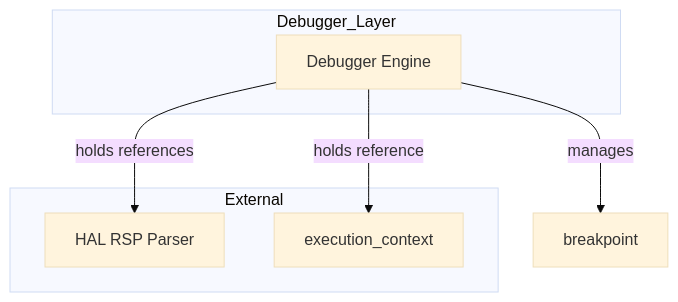
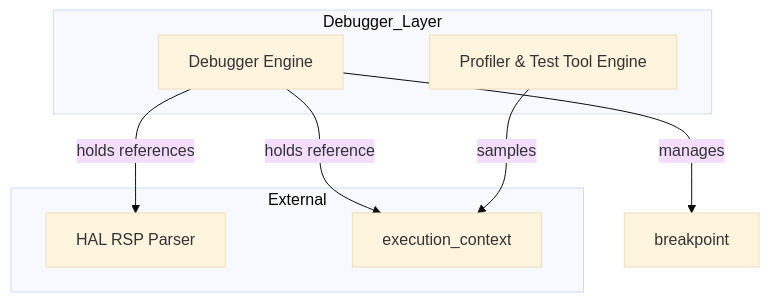
One commit to kmt-t/fireball changed the first of 3 diagrams in docs/components/tier2_runtime/debug/debug_manager.md. Above: the diagram before and after it, drawn with Mermaid (base theme). The commit also changed other lines of this file and 20 other files, not shown here.

````diff
--- a/docs/components/tier2_runtime/debug/debug_manager.md
+++ b/docs/components/tier2_runtime/debug/debug_manager.md
@@ -19,15 +19,17 @@
 ```mermaid
 graph TD
     subgraph Debugger_Layer
         Engine[Debugger Engine]
+        Profiler[Profiler & Test Tool Engine]
     end
 
     subgraph External
         HAL[HAL RSP Parser]
         ECtx[execution_context]
     end
 
     Engine -- holds references --> HAL
     Engine -- holds reference --> ECtx
     Engine -- manages --> BP[breakpoint]
+    Profiler -- samples --> ECtx
 ```
````
